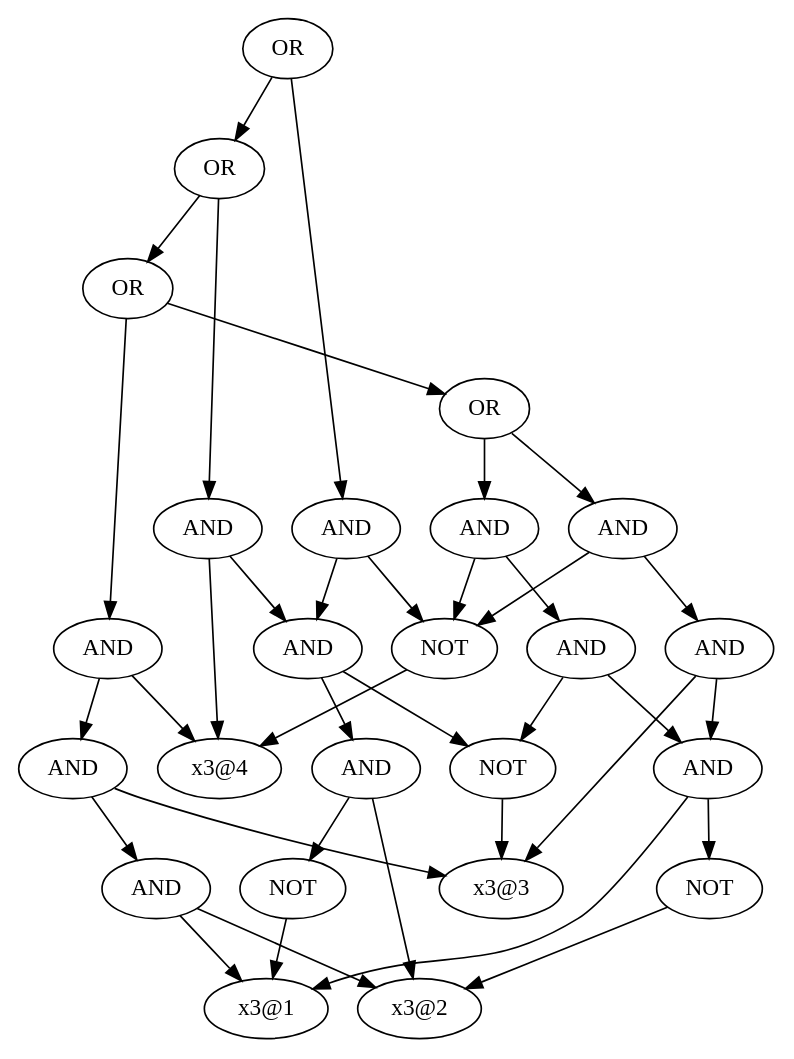
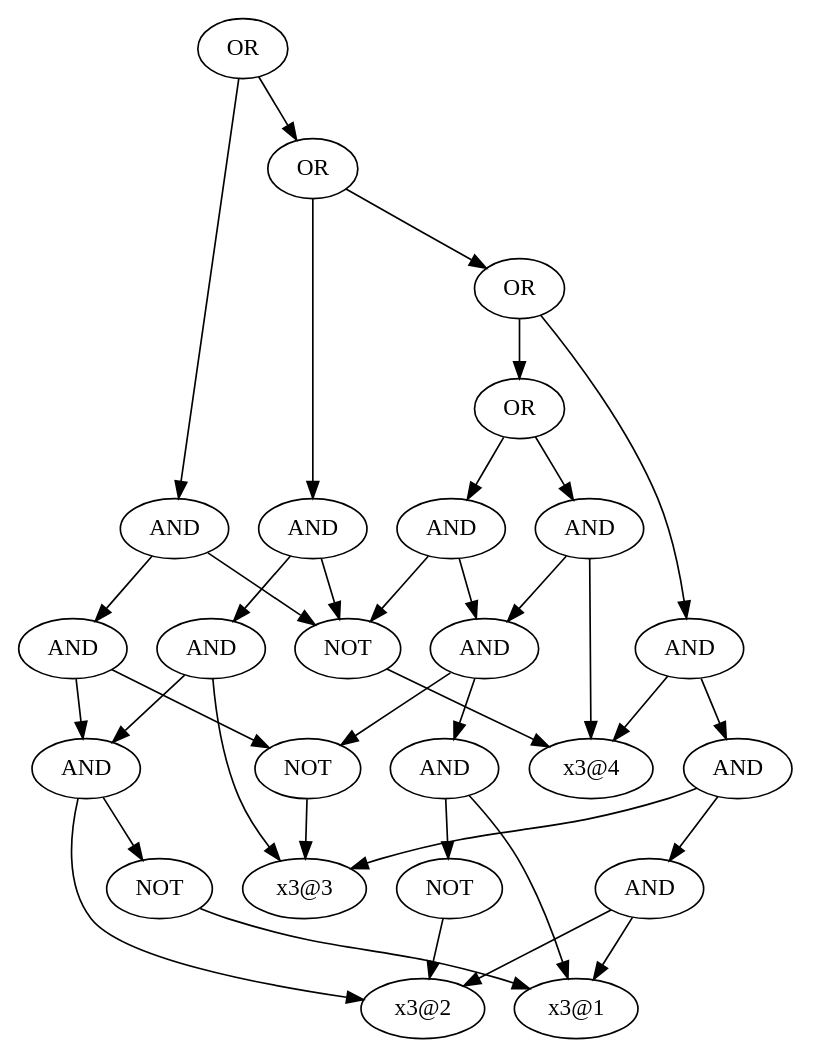
Before and after one commit to toda-lab/pygplib: the diagram in data/t1.dot, drawn with Graphviz. The commit also changed 8 other files, not shown here.

```diff
--- a/data/t1.dot
+++ b/data/t1.dot
@@ -1,62 +1,62 @@
 digraph output {
-	140636829248096 [label = OR]
-	140636829248000 [label = OR]
-	140636829247856 [label = OR]
-	140636829247760 [label = OR]
-	140636829246560 [label = AND]
-	140636829246656 [label = AND]
-	140636829246752 [label = AND]
-	140636829241840 [label = "x3@1"]
-	140636829246896 [label = NOT]
-	140636829241936 [label = "x3@2"]
-	140636829246896 -> 140636829241936
-	140636829246752 -> 140636829241840
-	140636829246752 -> 140636829246896
-	140636829242080 [label = "x3@3"]
-	140636829246656 -> 140636829246752
-	140636829246656 -> 140636829242080
-	140636829246800 [label = NOT]
-	140636829242224 [label = "x3@4"]
-	140636829246800 -> 140636829242224
-	140636829246560 -> 140636829246656
-	140636829246560 -> 140636829246800
-	140636829246176 [label = AND]
-	140636829246224 [label = AND]
-	140636829246416 [label = NOT]
-	140636829246416 -> 140636829242080
-	140636829246224 -> 140636829246752
-	140636829246224 -> 140636829246416
-	140636829246176 -> 140636829246224
-	140636829246176 -> 140636829246800
-	140636829247760 -> 140636829246560
-	140636829247760 -> 140636829246176
-	140636829245792 [label = AND]
-	140636829245840 [label = AND]
-	140636829245936 [label = AND]
-	140636829245936 -> 140636829241840
-	140636829245936 -> 140636829241936
-	140636829245840 -> 140636829245936
-	140636829245840 -> 140636829242080
-	140636829245792 -> 140636829245840
-	140636829245792 -> 140636829242224
-	140636829247856 -> 140636829247760
-	140636829247856 -> 140636829245792
-	140636829247664 [label = AND]
-	140636829247568 [label = AND]
-	140636829245648 [label = AND]
-	140636829247424 [label = NOT]
-	140636829247424 -> 140636829241840
-	140636829245648 -> 140636829247424
-	140636829245648 -> 140636829241936
-	140636829247568 -> 140636829245648
-	140636829247568 -> 140636829246416
-	140636829247664 -> 140636829247568
-	140636829247664 -> 140636829242224
-	140636829248000 -> 140636829247856
-	140636829248000 -> 140636829247664
-	140636829247712 [label = AND]
-	140636829247712 -> 140636829247568
-	140636829247712 -> 140636829246800
-	140636829248096 -> 140636829248000
-	140636829248096 -> 140636829247712
+	139886888132224 [label = OR]
+	139886888132128 [label = OR]
+	139886888132032 [label = OR]
+	139886888131888 [label = OR]
+	139886888130736 [label = AND]
+	139886888130832 [label = AND]
+	139886888130928 [label = AND]
+	139886888121920 [label = "x3@1"]
+	139886888131072 [label = NOT]
+	139886888122016 [label = "x3@2"]
+	139886888131072 -> 139886888122016
+	139886888130928 -> 139886888121920
+	139886888130928 -> 139886888131072
+	139886888130976 [label = NOT]
+	139886888122160 [label = "x3@3"]
+	139886888130976 -> 139886888122160
+	139886888130832 -> 139886888130928
+	139886888130832 -> 139886888130976
+	139886888122304 [label = "x3@4"]
+	139886888130736 -> 139886888130832
+	139886888130736 -> 139886888122304
+	139886888130352 [label = AND]
+	139886888130448 [label = NOT]
+	139886888130448 -> 139886888122304
+	139886888130352 -> 139886888130832
+	139886888130352 -> 139886888130448
+	139886888131888 -> 139886888130736
+	139886888131888 -> 139886888130352
+	139886888130064 [label = AND]
+	139886888130112 [label = AND]
+	139886888130256 [label = AND]
+	139886888130256 -> 139886888121920
+	139886888130256 -> 139886888122016
+	139886888130112 -> 139886888130256
+	139886888130112 -> 139886888122160
+	139886888130064 -> 139886888130112
+	139886888130064 -> 139886888122304
+	139886888132032 -> 139886888131888
+	139886888132032 -> 139886888130064
+	139886888131696 [label = AND]
+	139886888131600 [label = AND]
+	139886888129968 [label = AND]
+	139886888129872 [label = NOT]
+	139886888129872 -> 139886888121920
+	139886888129968 -> 139886888129872
+	139886888129968 -> 139886888122016
+	139886888131600 -> 139886888129968
+	139886888131600 -> 139886888122160
+	139886888131696 -> 139886888131600
+	139886888131696 -> 139886888130448
+	139886888132128 -> 139886888132032
+	139886888132128 -> 139886888131696
+	139886888131936 [label = AND]
+	139886888131840 [label = AND]
+	139886888131840 -> 139886888129968
+	139886888131840 -> 139886888130976
+	139886888131936 -> 139886888131840
+	139886888131936 -> 139886888130448
+	139886888132224 -> 139886888132128
+	139886888132224 -> 139886888131936
 }
```
